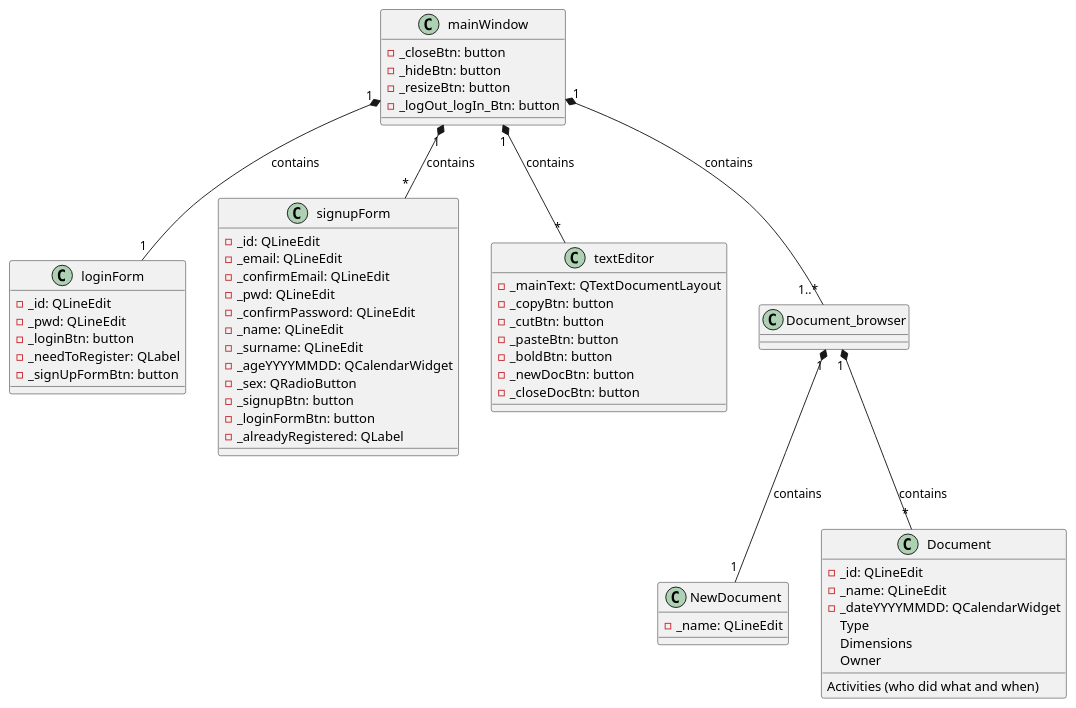
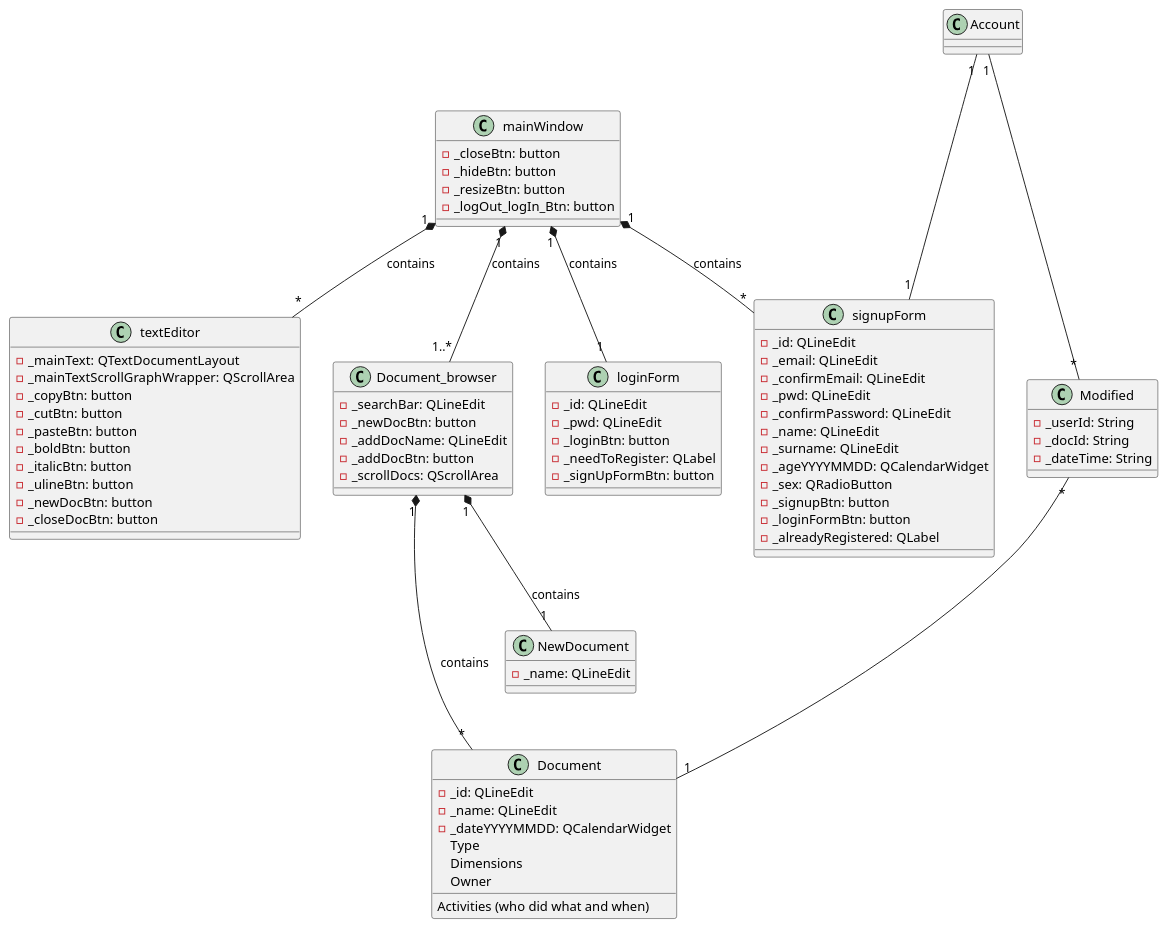
Before and after one commit to aleoli/Shared-Editor: the diagram in docs/GUI.md, drawn with PlantUML. The commit also changed other lines of this file, not shown here.

Commit message:
Update GUI.md
ho messo nel document browser i vari elementi che dovrebbero esserci, nella classe document i vari elementi sono di tipo String o calendar però non volevo metterci le mani tanto dobbiamo vedere perchè devono interfacciarsi con la parte di comunicazione e backend. Comunque direi che l'idea generale c'è

```diff
--- a/docs/GUI.md
+++ b/docs/GUI.md
@@ -57,17 +57,34 @@
 - _alreadyRegistered: QLabel
 }
 
+class Account 
+
+class Modified {
+  - _userId: String
+  - _docId: String
+  - _dateTime: String
+}
+
 class textEditor {
 - _mainText: QTextDocumentLayout
+- _mainTextScrollGraphWrapper: QScrollArea
 - _copyBtn: button
 - _cutBtn: button
 - _pasteBtn: button
 - _boldBtn: button
+- _italicBtn: button
+- _ulineBtn: button
 - _newDocBtn: button
 - _closeDocBtn: button
 }
 
-class Document_browser
+class Document_browser{
+  - _searchBar: QLineEdit
+  - _newDocBtn: button
+  - _addDocName: QLineEdit
+  - _addDocBtn: button
+  - _scrollDocs: QScrollArea
+}
 
 class NewDocument
 {
@@ -91,4 +108,7 @@
 mainWindow "1" *-- "1..*" Document_browser : contains
 Document_browser "1" *-- "*" Document : contains
 Document_browser "1" *-- "1" NewDocument : contains
+Account "1" --- "1" signupForm
+Account "1" --- "*" Modified
+Modified "*" --- "1" Document
 @enduml
```
